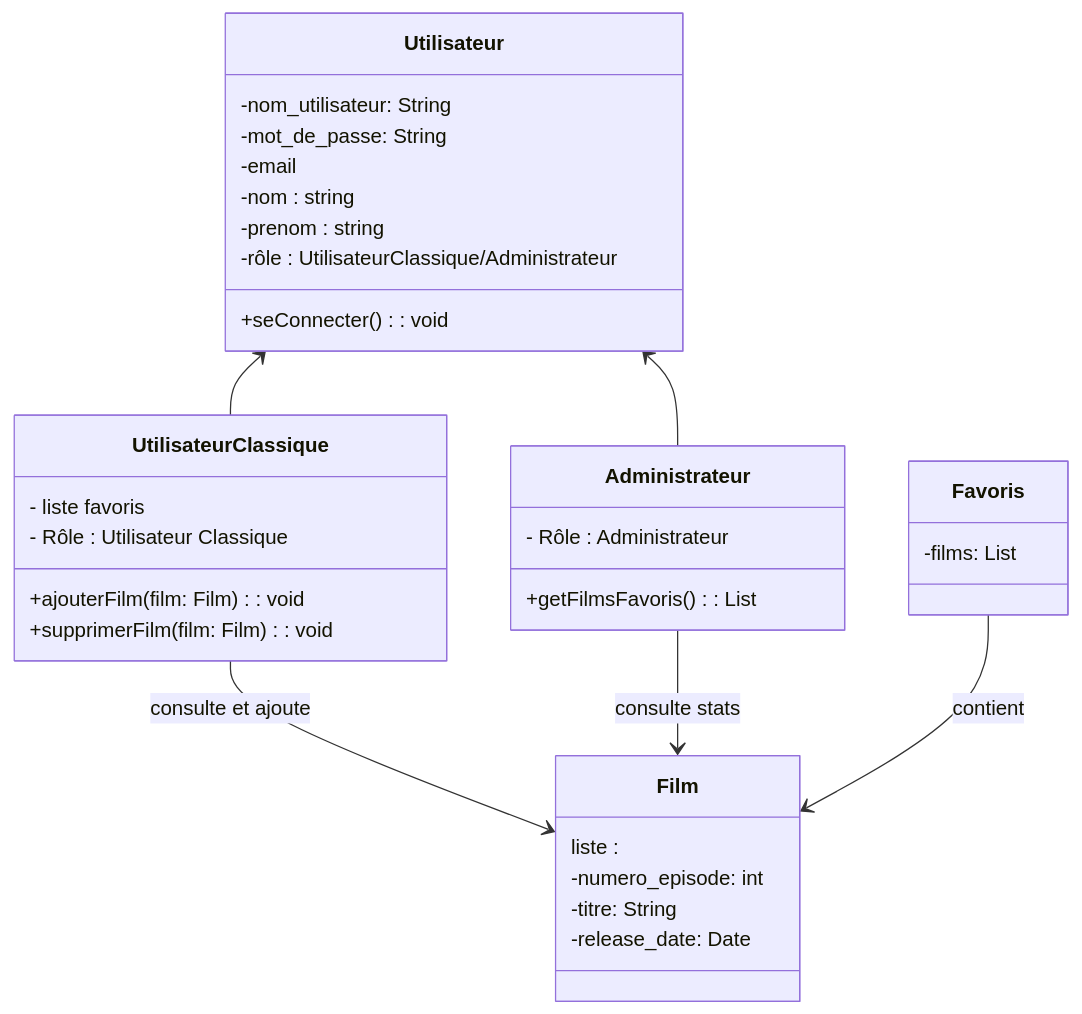
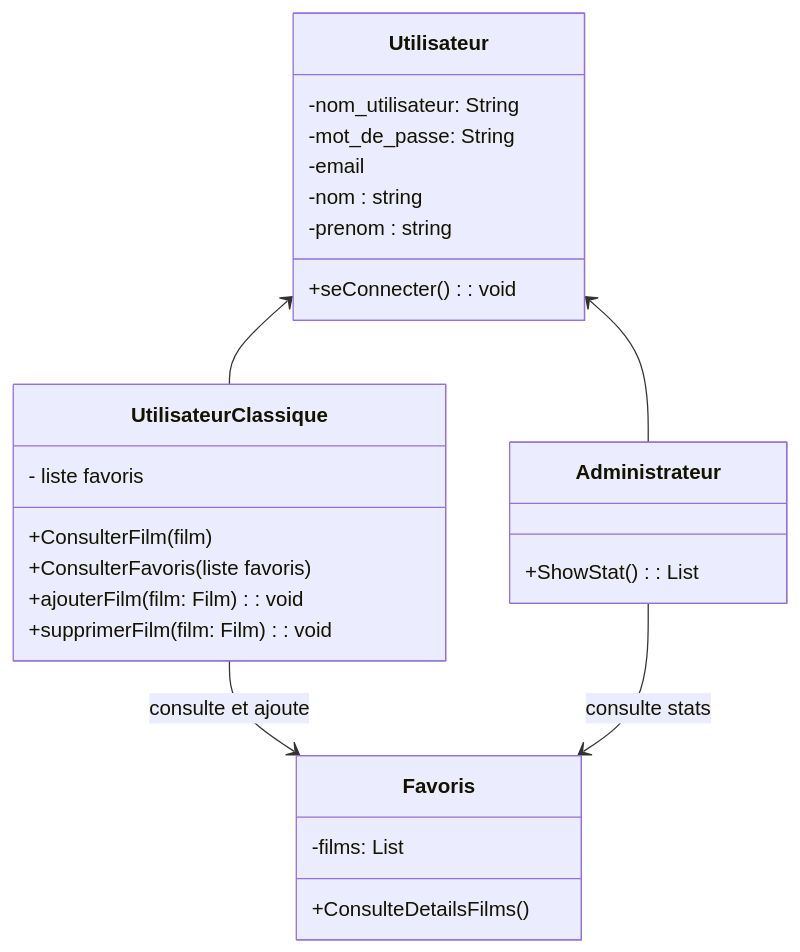
The diagram in Ressources/diagramme_classe.md (alexkjzz/PythonTP), drawn with Mermaid before and after one commit.

Commit message:
maj diagramme_classe

````diff
--- a/Ressources/diagramme_classe.md
+++ b/Ressources/diagramme_classe.md
@@ -1,51 +1,45 @@
 ```mermaid
 classDiagram
   
     class Utilisateur{
         -nom_utilisateur: String
         -mot_de_passe: String
         -email
         -nom : string
         -prenom : string
-        -rôle : UtilisateurClassique/Administrateur 
         +seConnecter(): void
 
     }
 
 
     class Utilisateur Classique{
         
         - liste favoris
-        - Rôle : Utilisateur Classique
+        +ConsulterFilm(film)
+        +ConsulterFavoris(liste favoris)
         +ajouterFilm(film: Film): void
         +supprimerFilm(film: Film): void
     }
 
     class Administrateur {
-        - Rôle : Administrateur
-        +getFilmsFavoris(): List<Film>
+        +ShowStat(): List<Film>
     }
 
-    class Film {
-        liste :
-        -numero_episode: int
-        -titre: String
-        -release_date: Date
+    class Favoris {
+        -films: List
+        +ConsulteDetailsFilms()
        
     }
 
-    class Favoris {
-        -films: List<Film>
-        
-    }
+   
 
     Utilisateur <-- Utilisateur Classique
     Utilisateur <-- Administrateur 
-    Utilisateur  Classique-->  Film : consulte et ajoute
-    Administrateur   -->  Film : consulte stats
-    Favoris  -->  Film : contient
+    Utilisateur  Classique-->  Favoris : consulte et ajoute
+    Administrateur   -->  Favoris : consulte stats
+    
     
 
 
 
 ```
````
